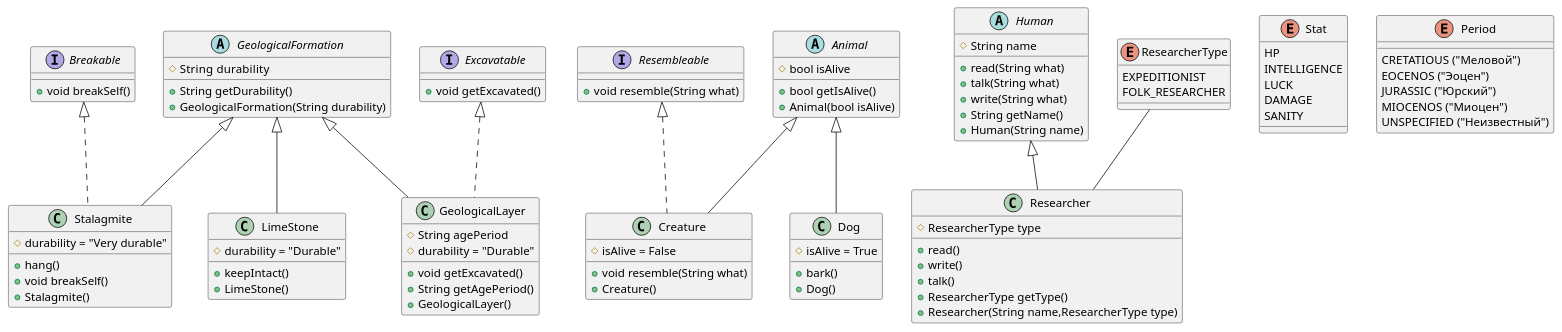
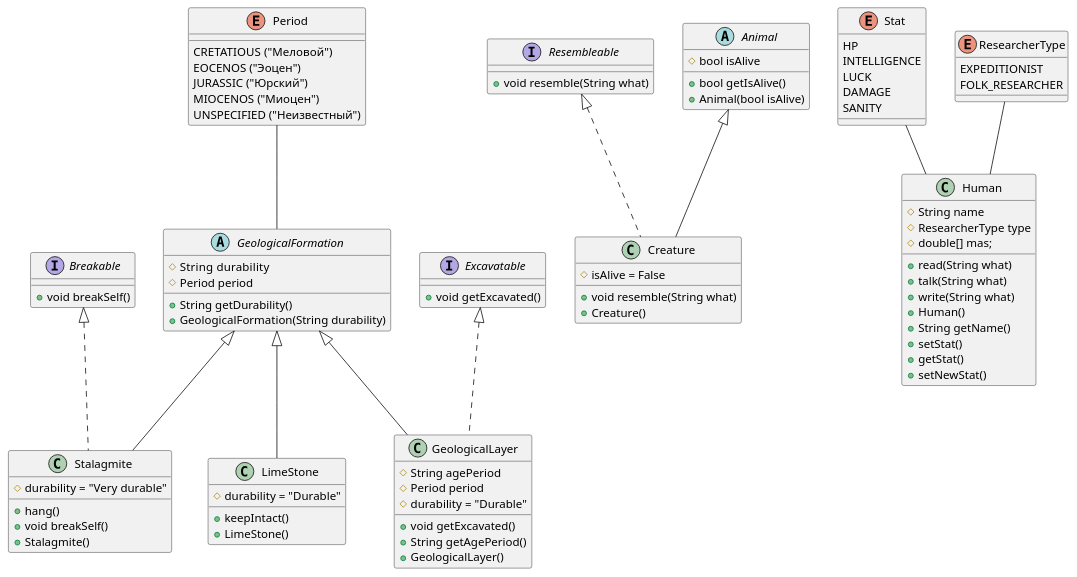
One commit to shib-a/Lab_8 changed the diagram in src/main/java/org/example/diagram.puml. Above: the diagram before and after it, drawn with PlantUML. The commit also changed 7 other files, not shown here.

```diff
--- a/src/main/java/org/example/diagram.puml
+++ b/src/main/java/org/example/diagram.puml
@@ -1,87 +1,86 @@
 @startuml
 
 interface Breakable{
     + void breakSelf()
 }
 interface Resembleable{
     + void resemble(String what)
 }
 interface Excavatable{
     + void getExcavated()
 }
 
-abstract class Human{
+Stat -- Human
+ResearcherType -- Human
+class Human{
      # String name
+     # ResearcherType type
+     # double[] mas;
      + read(String what)
      + talk(String what)
      + write(String what)
+     + Human()
      + String getName()
-     + Human(String name)
+     + setStat()
+     + getStat()
+     + setNewStat()
+
 }
+
+Period -- GeologicalFormation
 abstract class GeologicalFormation{
     # String  durability
+    # Period period
     + String getDurability()
     + GeologicalFormation(String durability)
 }
 abstract class Animal{
     # bool isAlive
     + bool getIsAlive()
     + Animal(bool isAlive)
 }
 
 enum Stat{
     HP
     INTELLIGENCE
     LUCK
     DAMAGE
     SANITY
 }
 enum Period{
     CRETATIOUS ("Меловой")
     EOCENOS ("Эоцен")
     JURASSIC ("Юрский")
     MIOCENOS ("Миоцен")
     UNSPECIFIED ("Неизвестный")
 }
 enum ResearcherType{
     EXPEDITIONIST
     FOLK_RESEARCHER
 }
-ResearcherType -- Researcher
-class Researcher extends Human{
-    # ResearcherType type
-    + read()
-    + write()
-    + talk()
-    + ResearcherType getType()
-    + Researcher(String name,ResearcherType type)
-}
+
 class Creature extends Animal implements Resembleable{
     # isAlive = False
     + void resemble(String what)
     + Creature()
 }
-class Dog extends Animal{
-    # isAlive = True
-    + bark()
-    + Dog()
-}
 class GeologicalLayer extends GeologicalFormation implements Excavatable{
     # String agePeriod
+    # Period period
     #durability = "Durable"
     + void getExcavated()
     + String getAgePeriod()
     + GeologicalLayer()
 }
 class Stalagmite extends GeologicalFormation implements Breakable{
     # durability = "Very durable"
     + hang()
     + void breakSelf()
     + Stalagmite()
 }
 class LimeStone extends GeologicalFormation{
     # durability = "Durable"
     + keepIntact()
     + LimeStone()
 }
 @enduml
```
